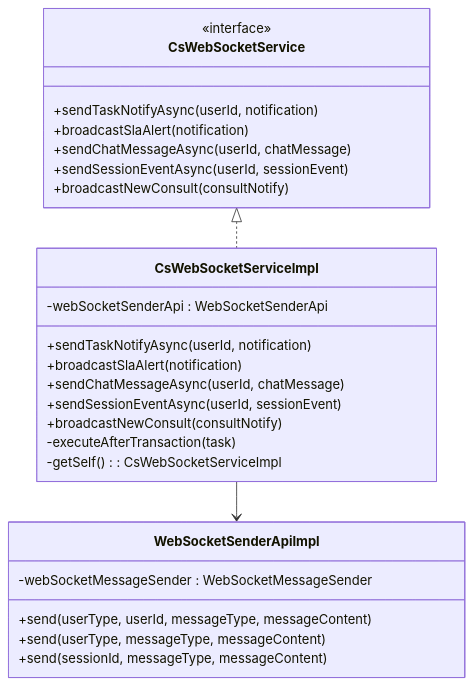
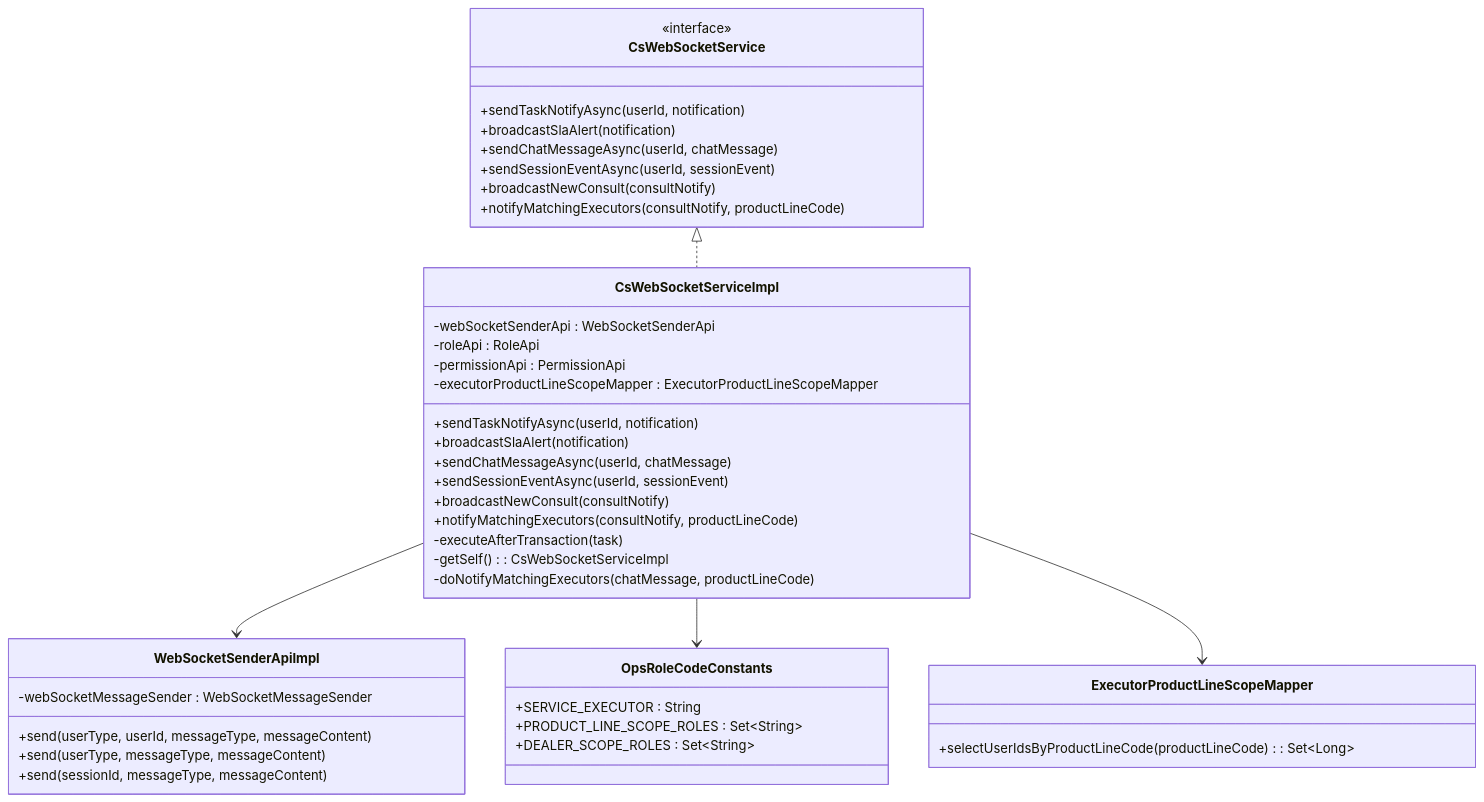
The fifth of 9 diagrams in .qoder/repowiki/zh/content/核心模块/即时通讯模块/WebSocket实时通信服务.md (xiaoche80s-tech/rouyi-vue-pro), drawn with Mermaid before and after one commit. The commit also changed other lines of this file and 534 other files, not shown here.

````diff
--- a/.qoder/repowiki/zh/content/核心模块/即时通讯模块/WebSocket实时通信服务.md
+++ b/.qoder/repowiki/zh/content/核心模块/即时通讯模块/WebSocket实时通信服务.md
@@ -288,29 +304,45 @@
 ```mermaid
 classDiagram
 class CsWebSocketService {
 <<interface>>
 +sendTaskNotifyAsync(userId, notification)
 +broadcastSlaAlert(notification)
 +sendChatMessageAsync(userId, chatMessage)
 +sendSessionEventAsync(userId, sessionEvent)
 +broadcastNewConsult(consultNotify)
++notifyMatchingExecutors(consultNotify, productLineCode)
 }
 class CsWebSocketServiceImpl {
 -webSocketSenderApi : WebSocketSenderApi
+-roleApi : RoleApi
+-permissionApi : PermissionApi
+-executorProductLineScopeMapper : ExecutorProductLineScopeMapper
 +sendTaskNotifyAsync(userId, notification)
 +broadcastSlaAlert(notification)
 +sendChatMessageAsync(userId, chatMessage)
 +sendSessionEventAsync(userId, sessionEvent)
 +broadcastNewConsult(consultNotify)
++notifyMatchingExecutors(consultNotify, productLineCode)
 -executeAfterTransaction(task)
 -getSelf() : CsWebSocketServiceImpl
+-doNotifyMatchingExecutors(chatMessage, productLineCode)
 }
 class WebSocketSenderApiImpl {
 -webSocketMessageSender : WebSocketMessageSender
 +send(userType, userId, messageType, messageContent)
 +send(userType, messageType, messageContent)
 +send(sessionId, messageType, messageContent)
 }
+class OpsRoleCodeConstants {
++SERVICE_EXECUTOR : String
++PRODUCT_LINE_SCOPE_ROLES : Set~String~
++DEALER_SCOPE_ROLES : Set~String~
+}
+class ExecutorProductLineScopeMapper {
++selectUserIdsByProductLineCode(productLineCode) : Set~Long~
+}
 CsWebSocketService <|.. CsWebSocketServiceImpl
 CsWebSocketServiceImpl --> WebSocketSenderApiImpl
+CsWebSocketServiceImpl --> OpsRoleCodeConstants
+CsWebSocketServiceImpl --> ExecutorProductLineScopeMapper
 ```
````
